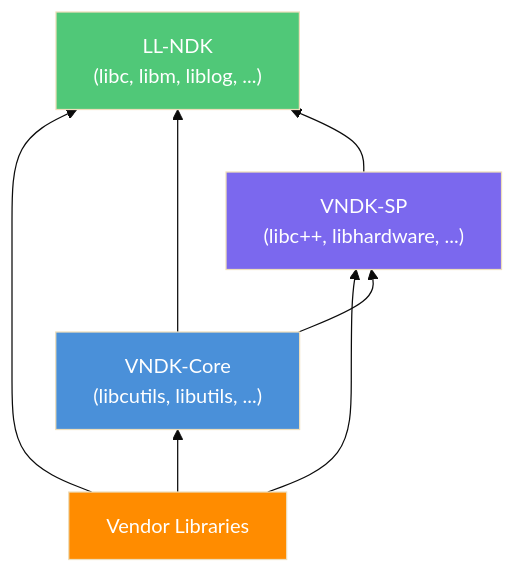
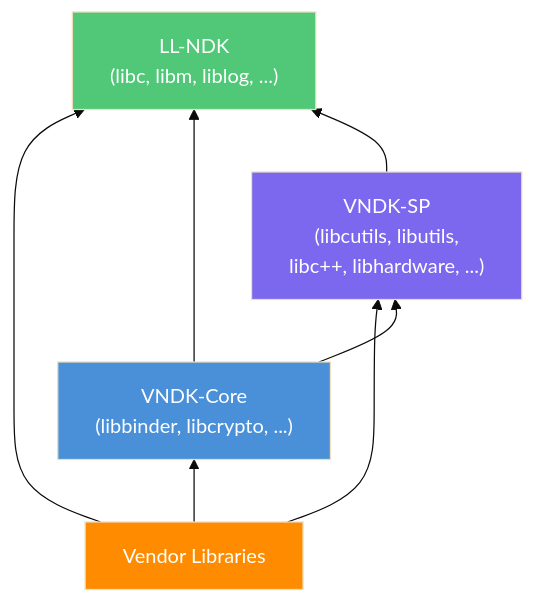
Before and after one commit to aospbooks/aosp-internal-book: the ninth of 17 diagrams in agents/claude/skills/aosp-native-foundation/11-ndk.md, drawn with Mermaid (base theme). The commit also changed other lines of this file and 218 other files, not shown here.

````diff
--- a/agents/claude/skills/aosp-native-foundation/11-ndk.md
+++ b/agents/claude/skills/aosp-native-foundation/11-ndk.md
@@ -1493,19 +1513,19 @@
 ```mermaid
 graph BT
     LLNDK_LAYER["LL-NDK<br/>(libc, libm, liblog, ...)"]
-    VNDKSP_LAYER["VNDK-SP<br/>(libc++, libhardware, ...)"]
-    VNDKCORE_LAYER["VNDK-Core<br/>(libcutils, libutils, ...)"]
+    VNDKSP_LAYER["VNDK-SP<br/>(libcutils, libutils,<br/>libc++, libhardware, ...)"]
+    VNDKCORE_LAYER["VNDK-Core<br/>(libbinder, libcrypto, ...)"]
     VENDOR_LAYER["Vendor Libraries"]
 
     VENDOR_LAYER --> VNDKCORE_LAYER
     VENDOR_LAYER --> VNDKSP_LAYER
     VENDOR_LAYER --> LLNDK_LAYER
     VNDKCORE_LAYER --> VNDKSP_LAYER
     VNDKCORE_LAYER --> LLNDK_LAYER
     VNDKSP_LAYER --> LLNDK_LAYER
 
     style LLNDK_LAYER fill:#50c878,color:white
     style VNDKSP_LAYER fill:#7b68ee,color:white
     style VNDKCORE_LAYER fill:#4a90d9,color:white
     style VENDOR_LAYER fill:#ff8c00,color:white
 ```
````
